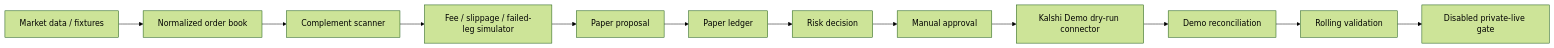
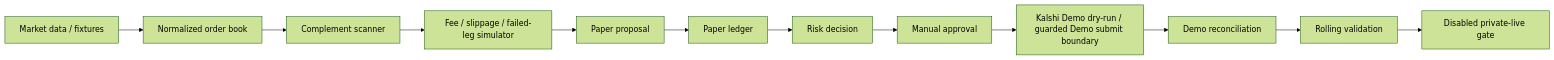
One commit to minqiyang/edmn-trader changed the first of 4 diagrams in docs/visual_overview.md. Above: the diagram before and after it, drawn with Mermaid (forest theme). The commit also changed other lines of this file and 5 other files, not shown here.

Commit message:
Refresh visual docs for guarded Demo boundary

````diff
--- a/docs/visual_overview.md
+++ b/docs/visual_overview.md
@@ -9,14 +9,14 @@
 ```mermaid
 flowchart LR
   A["Market data / fixtures"] --> B["Normalized order book"]
   B --> C["Complement scanner"]
   C --> D["Fee / slippage / failed-leg simulator"]
   D --> E["Paper proposal"]
   E --> F["Paper ledger"]
   F --> G["Risk decision"]
   G --> H["Manual approval"]
-  H --> I["Kalshi Demo dry-run connector"]
+  H --> I["Kalshi Demo dry-run / guarded Demo submit boundary"]
   I --> J["Demo reconciliation"]
   J --> K["Rolling validation"]
   K --> L["Disabled private-live gate"]
 ```
````
